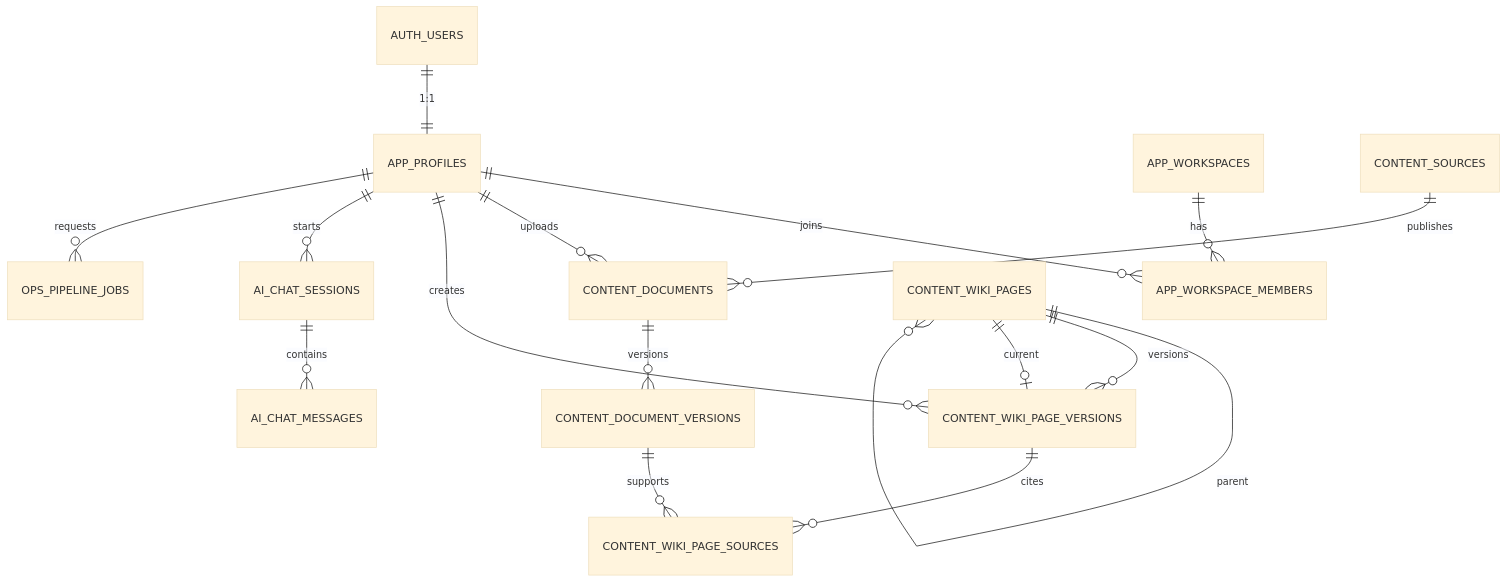
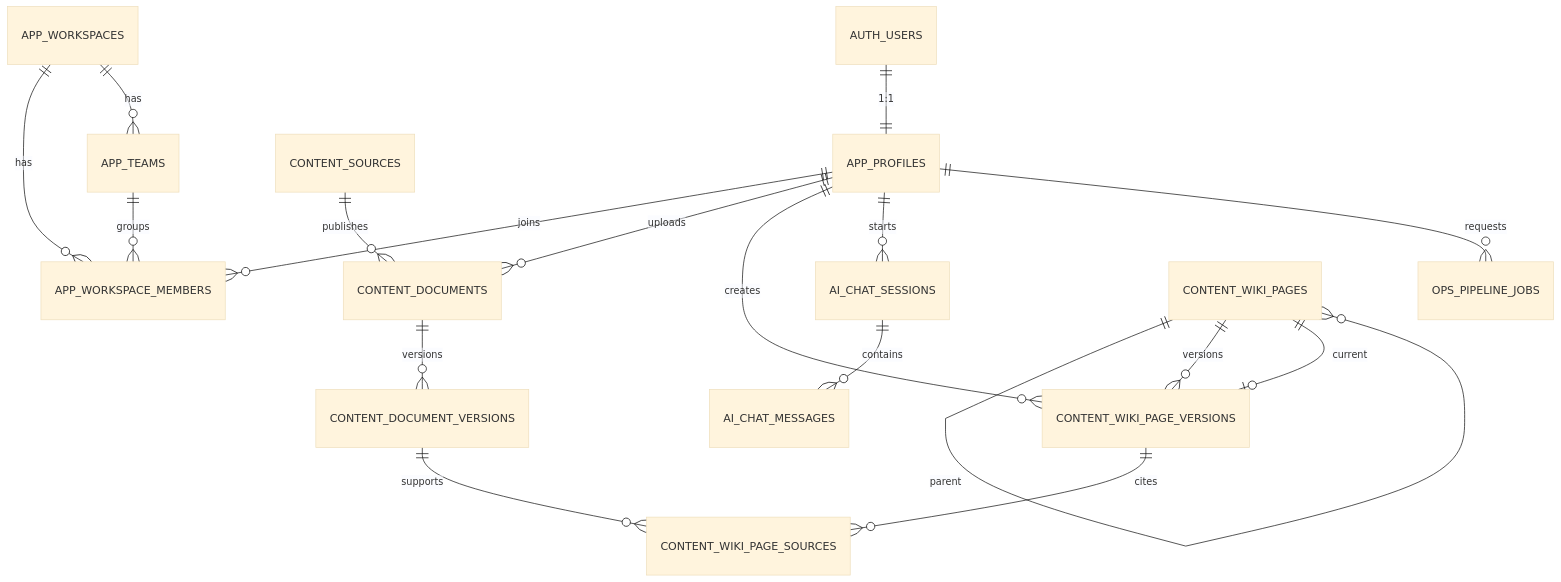
One commit to yoobinkim541/SK_Suni_5th_project-myWiki changed the diagram in docs/architecture/mywiki-erd.md. Above: the diagram before and after it, drawn with Mermaid (base theme). The commit also changed other lines of this file and 8 other files, not shown here.

````diff
--- a/docs/architecture/mywiki-erd.md
+++ b/docs/architecture/mywiki-erd.md
@@ -11,22 +11,24 @@
 ```mermaid
 erDiagram
     AUTH_USERS ||--|| APP_PROFILES : "1:1"
     APP_WORKSPACES ||--o{ APP_WORKSPACE_MEMBERS : has
     APP_PROFILES ||--o{ APP_WORKSPACE_MEMBERS : joins
+    APP_WORKSPACES ||--o{ APP_TEAMS : has
+    APP_TEAMS ||--o{ APP_WORKSPACE_MEMBERS : groups
 
     APP_PROFILES ||--o{ CONTENT_DOCUMENTS : uploads
     APP_PROFILES ||--o{ CONTENT_WIKI_PAGE_VERSIONS : creates
     APP_PROFILES ||--o{ AI_CHAT_SESSIONS : starts
     APP_PROFILES ||--o{ OPS_PIPELINE_JOBS : requests
 
     CONTENT_SOURCES ||--o{ CONTENT_DOCUMENTS : publishes
     CONTENT_DOCUMENTS ||--o{ CONTENT_DOCUMENT_VERSIONS : versions
 
     CONTENT_WIKI_PAGES ||--o{ CONTENT_WIKI_PAGES : parent
     CONTENT_WIKI_PAGES ||--o{ CONTENT_WIKI_PAGE_VERSIONS : versions
     CONTENT_WIKI_PAGES ||--o| CONTENT_WIKI_PAGE_VERSIONS : current
     CONTENT_WIKI_PAGE_VERSIONS ||--o{ CONTENT_WIKI_PAGE_SOURCES : cites
     CONTENT_DOCUMENT_VERSIONS ||--o{ CONTENT_WIKI_PAGE_SOURCES : supports
 
     AI_CHAT_SESSIONS ||--o{ AI_CHAT_MESSAGES : contains
 ```
````
